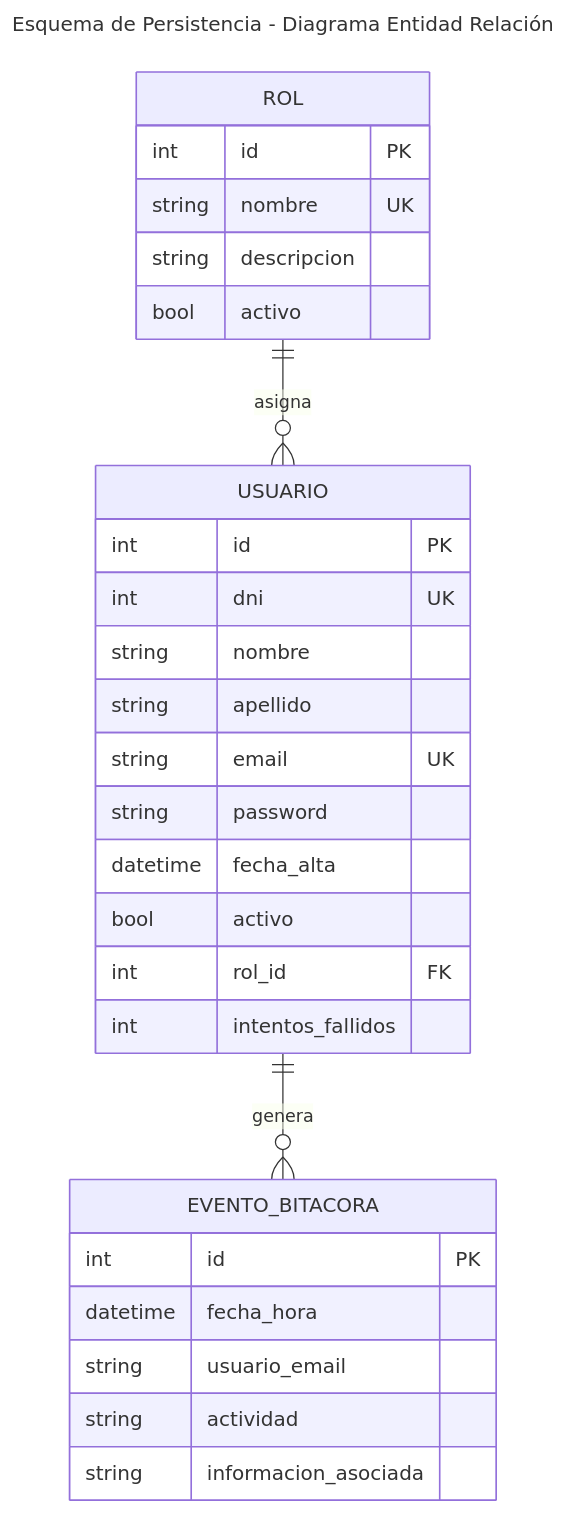
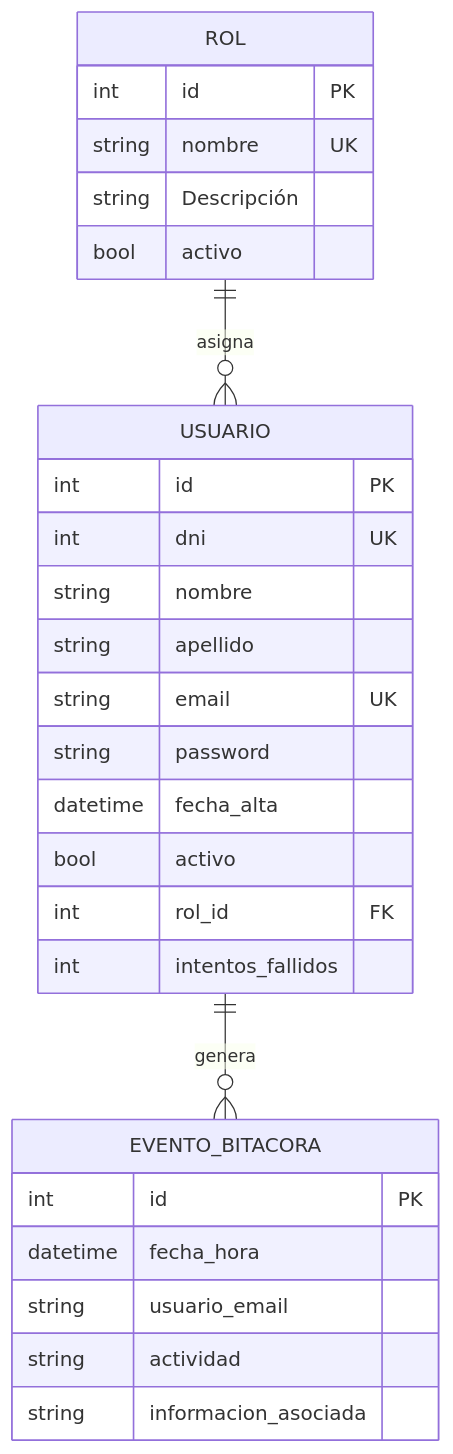
The fourth of 14 diagrams in Documentacion/Carpeta_Documentacion.md (condenl/Trabajo-Practico-Final), drawn with Mermaid before and after one commit. The commit also changed other lines of this file and 9 other files, not shown here.

````diff
--- a/Documentacion/Carpeta_Documentacion.md
+++ b/Documentacion/Carpeta_Documentacion.md
@@ -694,38 +835,33 @@
 ```mermaid
----
-title: Esquema de Persistencia - Diagrama Entidad Relación
-config:
-    theme: default
----
 erDiagram
     ROL ||--o{ USUARIO : "asigna"
     USUARIO ||--o{ EVENTO_BITACORA : "genera"
 
     ROL {
         int id PK
         string nombre UK
-        string descripcion
+        string Descripción
         bool activo
     }
 
     USUARIO {
         int id PK
         int dni UK
         string nombre
         string apellido
         string email UK
         string password
         datetime fecha_alta
         bool activo
         int rol_id FK
         int intentos_fallidos
     }
 
     EVENTO_BITACORA {
         int id PK
         datetime fecha_hora
         string usuario_email
         string actividad
         string informacion_asociada
     }
 ```
````
